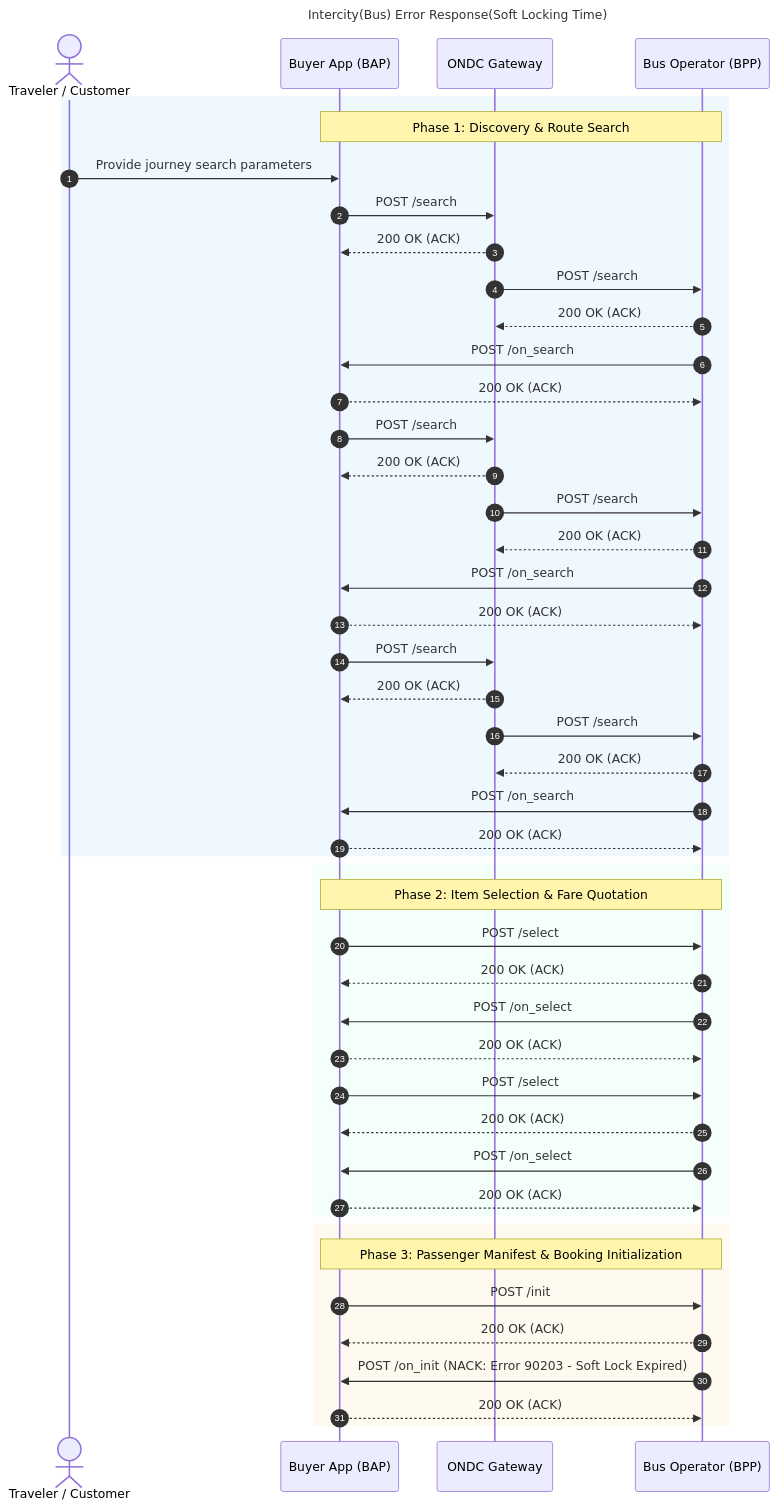
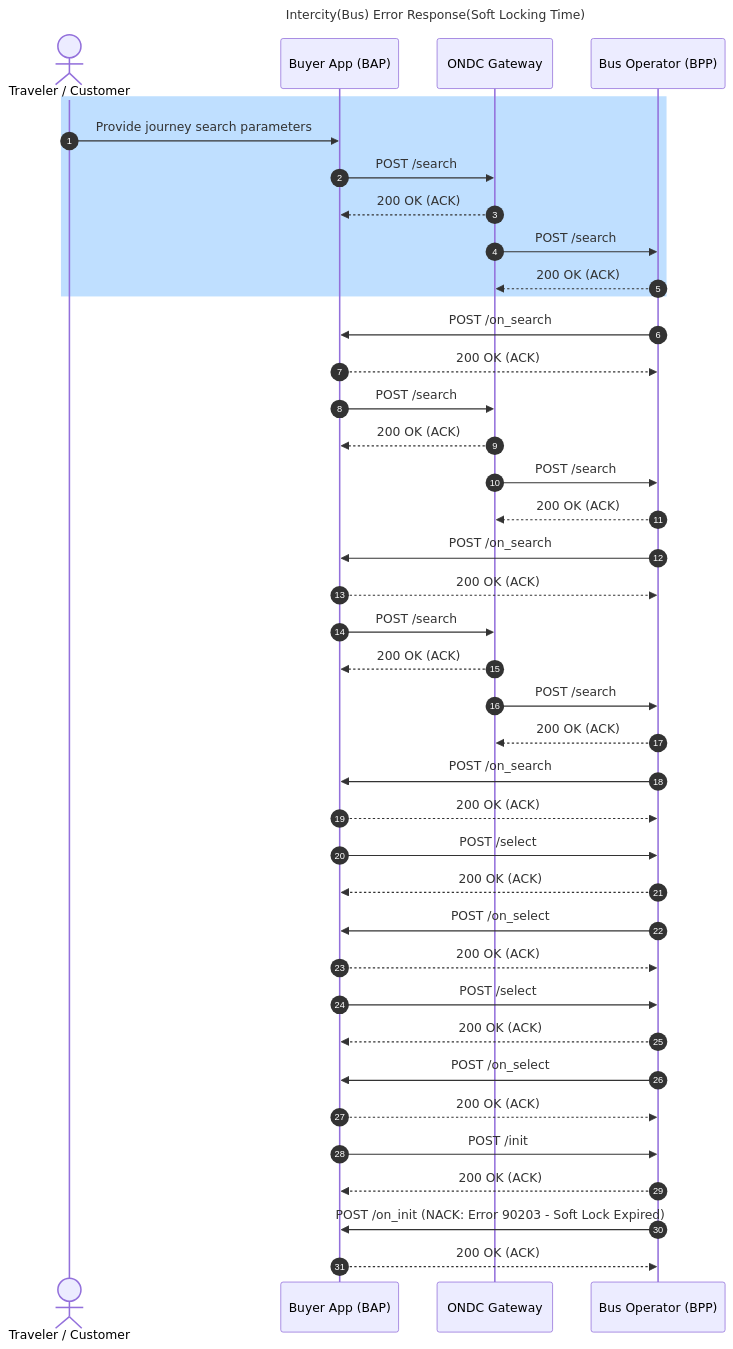
One commit to ONDC-Official/automation-specifications changed the first of 12 diagrams in config/docs/intercity-bus-error-response-soft-locking-time-sequence-diagrams.md. Above: the diagram before and after it, drawn with Mermaid. The commit also changed other lines of this file and 23 other files, not shown here.

````diff
--- a/config/docs/intercity-bus-error-response-soft-locking-time-sequence-diagrams.md
+++ b/config/docs/intercity-bus-error-response-soft-locking-time-sequence-diagrams.md
@@ -1,52 +13,43 @@
 ```mermaid
 sequenceDiagram
     title Intercity(Bus) Error Response(Soft Locking Time)
     autonumber
     actor User as Traveler / Customer
     participant BAP as Buyer App (BAP)
     participant BG as ONDC Gateway
     participant BPP as Bus Operator (BPP)
 
-    rect rgb(240, 248, 255)
-    Note over BAP,BPP: Phase 1: Discovery & Route Search
+    rect rgb(191, 223, 255)
     User->>BAP: Provide journey search parameters
     BAP->>BG: POST /search
     BG-->>BAP: 200 OK (ACK)
     BG->>BPP: POST /search
     BPP-->>BG: 200 OK (ACK)
+    end
     BPP->>BAP: POST /on_search
     BAP-->>BPP: 200 OK (ACK)
     BAP->>BG: POST /search
     BG-->>BAP: 200 OK (ACK)
     BG->>BPP: POST /search
     BPP-->>BG: 200 OK (ACK)
     BPP->>BAP: POST /on_search
     BAP-->>BPP: 200 OK (ACK)
     BAP->>BG: POST /search
     BG-->>BAP: 200 OK (ACK)
     BG->>BPP: POST /search
     BPP-->>BG: 200 OK (ACK)
     BPP->>BAP: POST /on_search
     BAP-->>BPP: 200 OK (ACK)
-    end
-
-    rect rgb(245, 255, 250)
-    Note over BAP,BPP: Phase 2: Item Selection & Fare Quotation
     BAP->>BPP: POST /select
     BPP-->>BAP: 200 OK (ACK)
     BPP->>BAP: POST /on_select
     BAP-->>BPP: 200 OK (ACK)
     BAP->>BPP: POST /select
     BPP-->>BAP: 200 OK (ACK)
     BPP->>BAP: POST /on_select
     BAP-->>BPP: 200 OK (ACK)
-    end
-
-    rect rgb(255, 250, 240)
-    Note over BAP,BPP: Phase 3: Passenger Manifest & Booking Initialization
     BAP->>BPP: POST /init
     BPP-->>BAP: 200 OK (ACK)
     BPP->>BAP: POST /on_init (NACK: Error 90203 - Soft Lock Expired)
     BAP-->>BPP: 200 OK (ACK)
-    end
 ```
````
